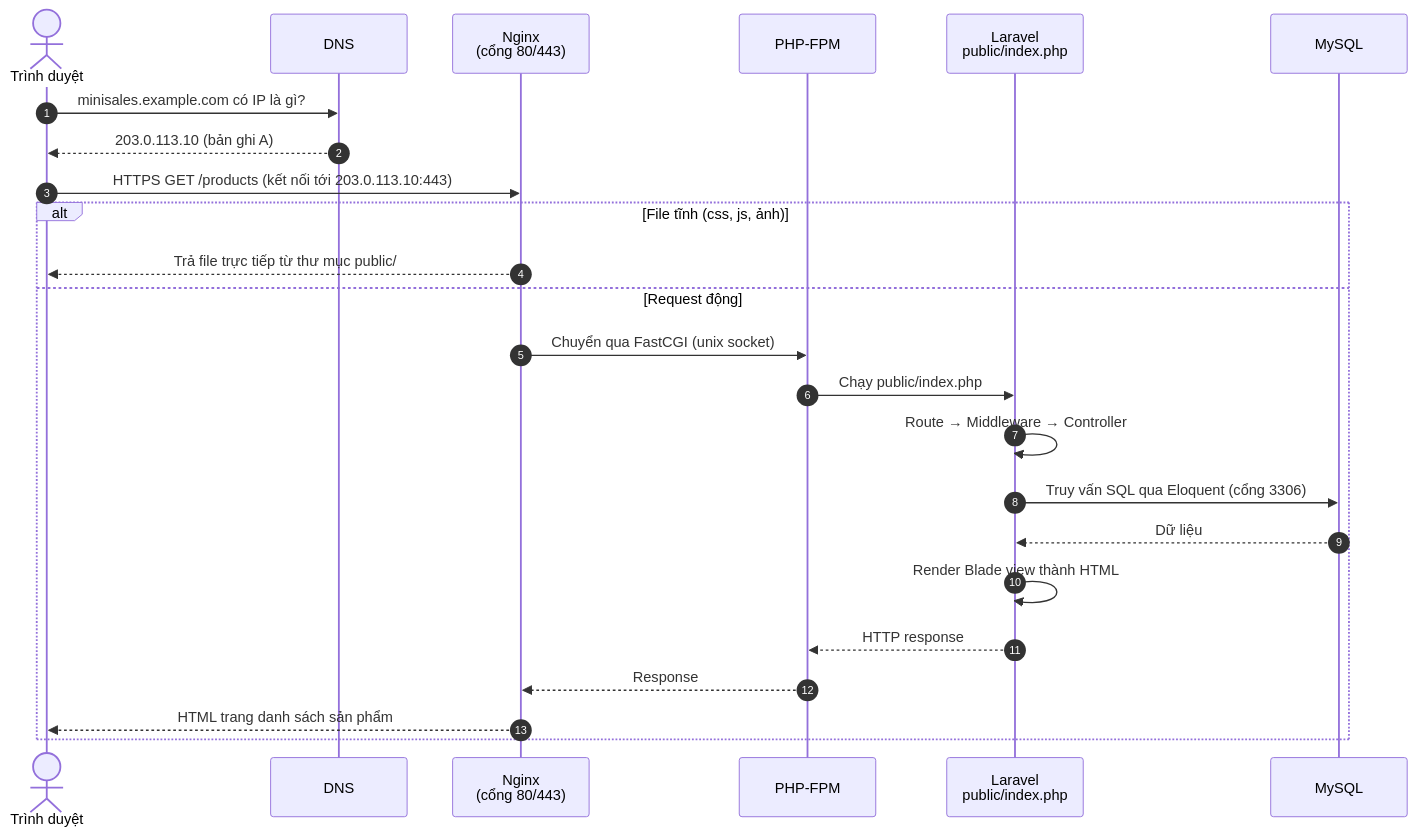
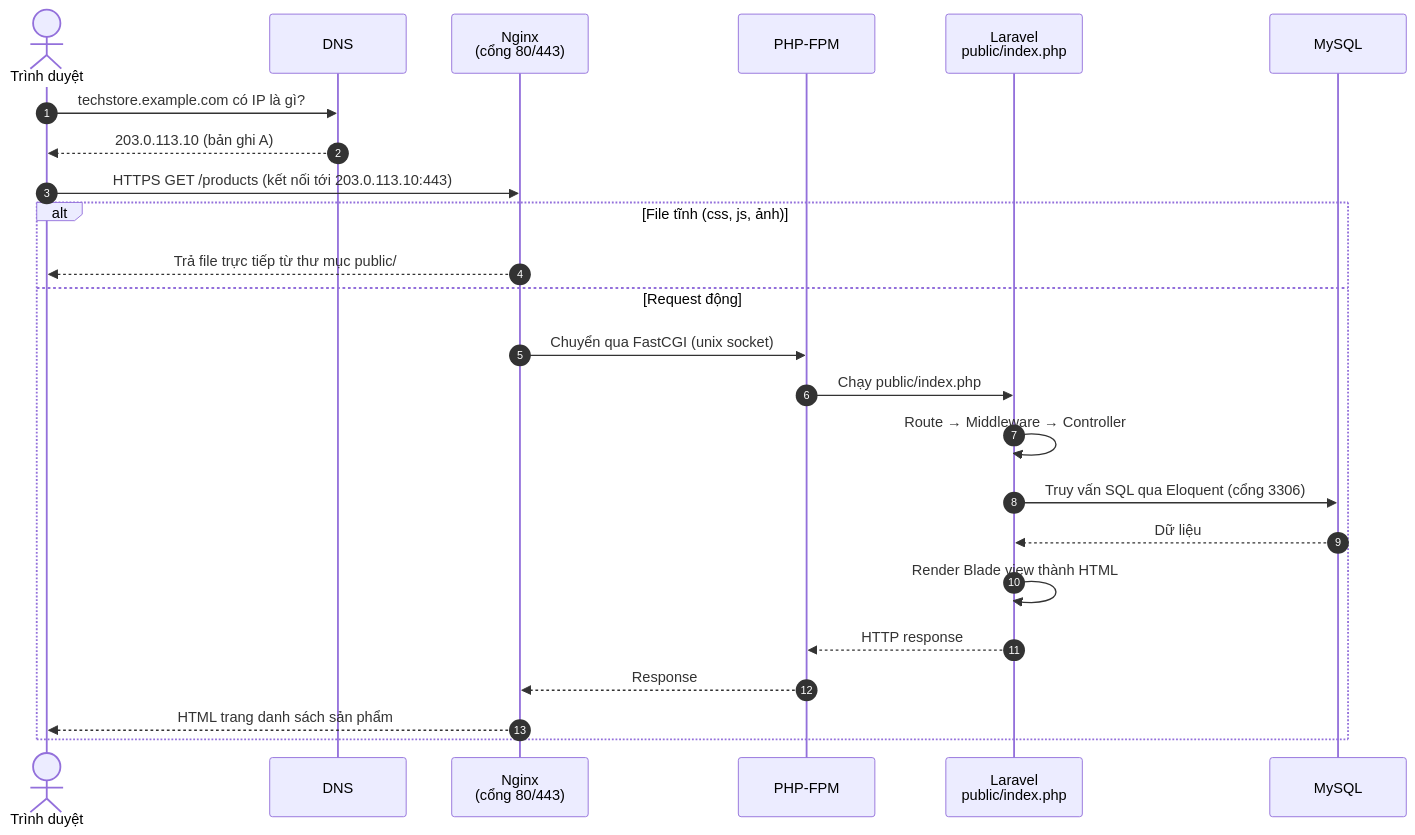
The diagram in docs/04-deploy.md (DamDucThinh/tech-store-management), drawn with Mermaid before and after one commit. The commit also changed other lines of this file and 11 other files, not shown here.

````diff
--- a/docs/04-deploy.md
+++ b/docs/04-deploy.md
@@ -12,27 +12,27 @@
 ```mermaid
 sequenceDiagram
     autonumber
     actor U as Trình duyệt
     participant DNS as DNS
     participant NG as Nginx<br/>(cổng 80/443)
     participant FPM as PHP-FPM
     participant LV as Laravel<br/>public/index.php
     participant DB as MySQL
 
-    U->>DNS: minisales.example.com có IP là gì?
+    U->>DNS: techstore.example.com có IP là gì?
     DNS-->>U: 203.0.113.10 (bản ghi A)
     U->>NG: HTTPS GET /products (kết nối tới 203.0.113.10:443)
     alt File tĩnh (css, js, ảnh)
         NG-->>U: Trả file trực tiếp từ thư mục public/
     else Request động
         NG->>FPM: Chuyển qua FastCGI (unix socket)
         FPM->>LV: Chạy public/index.php
         LV->>LV: Route → Middleware → Controller
         LV->>DB: Truy vấn SQL qua Eloquent (cổng 3306)
         DB-->>LV: Dữ liệu
         LV->>LV: Render Blade view thành HTML
         LV-->>FPM: HTTP response
         FPM-->>NG: Response
         NG-->>U: HTML trang danh sách sản phẩm
     end
 ```
````
